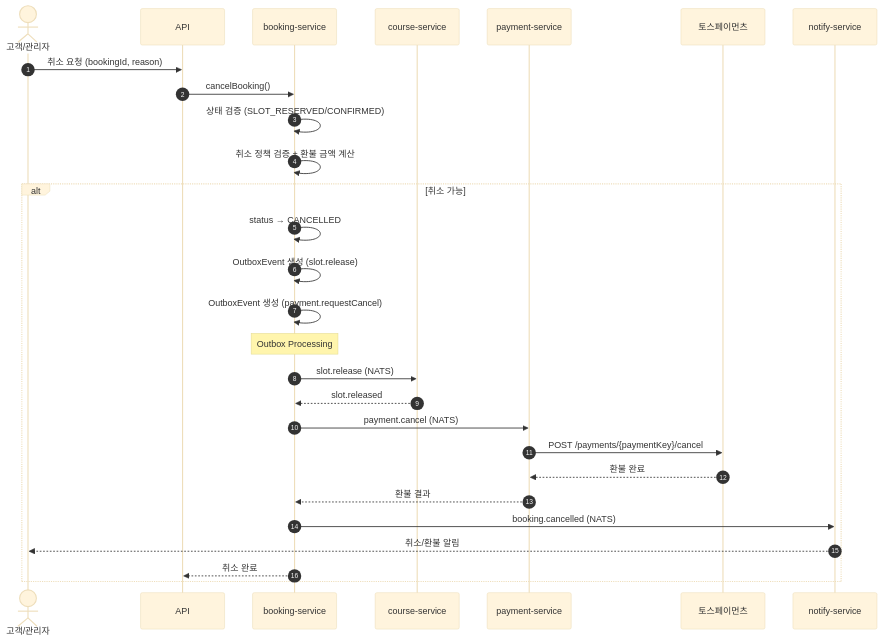
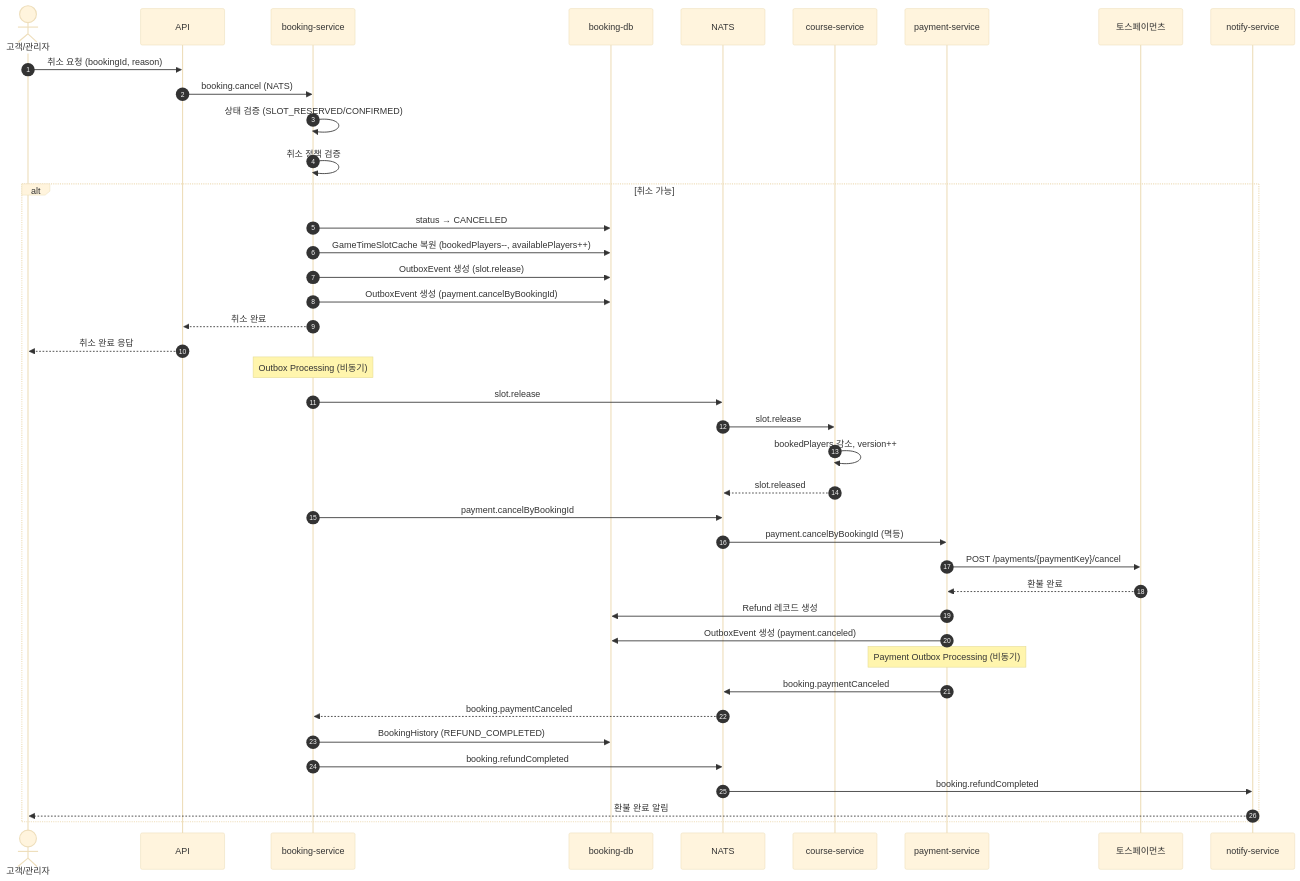
One commit to uniyous/parkgolf-platform changed diagram 12 of 12 in docs/BOOKING_WORKFLOW.md. Above: the diagram before and after it, drawn with Mermaid (base theme). The commit also changed other lines of this file and 18 other files, not shown here.

````diff
--- a/docs/BOOKING_WORKFLOW.md
+++ b/docs/BOOKING_WORKFLOW.md
@@ -810,37 +835,49 @@
 ```mermaid
 sequenceDiagram
     autonumber
     actor User as 고객/관리자
     participant API as API
     participant BS as booking-service
+    participant DB1 as booking-db
+    participant NATS as NATS
     participant CS as course-service
     participant PS as payment-service
     participant TOSS as 토스페이먼츠
     participant NS as notify-service
 
     User->>API: 취소 요청 (bookingId, reason)
-    API->>BS: cancelBooking()
+    API->>BS: booking.cancel (NATS)
 
     BS->>BS: 상태 검증 (SLOT_RESERVED/CONFIRMED)
-    BS->>BS: 취소 정책 검증 + 환불 금액 계산
+    BS->>BS: 취소 정책 검증
 
     alt 취소 가능
-        BS->>BS: status → CANCELLED
-        BS->>BS: OutboxEvent 생성 (slot.release)
-        BS->>BS: OutboxEvent 생성 (payment.requestCancel)
+        BS->>DB1: status → CANCELLED
+        BS->>DB1: GameTimeSlotCache 복원 (bookedPlayers--, availablePlayers++)
+        BS->>DB1: OutboxEvent 생성 (slot.release)
+        BS->>DB1: OutboxEvent 생성 (payment.cancelByBookingId)
+        BS-->>API: 취소 완료
+        API-->>User: 취소 완료 응답
 
-        Note over BS: Outbox Processing
-        BS->>CS: slot.release (NATS)
-        CS-->>BS: slot.released
+        Note over BS: Outbox Processing (비동기)
+        BS->>NATS: slot.release
+        NATS->>CS: slot.release
+        CS->>CS: bookedPlayers 감소, version++
+        CS-->>NATS: slot.released
 
-        BS->>PS: payment.cancel (NATS)
+        BS->>NATS: payment.cancelByBookingId
+        NATS->>PS: payment.cancelByBookingId (멱등)
         PS->>TOSS: POST /payments/{paymentKey}/cancel
         TOSS-->>PS: 환불 완료
-        PS-->>BS: 환불 결과
+        PS->>DB1: Refund 레코드 생성
+        PS->>DB1: OutboxEvent 생성 (payment.canceled)
 
-        BS->>NS: booking.cancelled (NATS)
-        NS-->>User: 취소/환불 알림
-
-        BS-->>API: 취소 완료
+        Note over PS: Payment Outbox Processing (비동기)
+        PS->>NATS: booking.paymentCanceled
+        NATS-->>BS: booking.paymentCanceled
+        BS->>DB1: BookingHistory (REFUND_COMPLETED)
+        BS->>NATS: booking.refundCompleted
+        NATS->>NS: booking.refundCompleted
+        NS-->>User: 환불 완료 알림
     end
 ```
````
